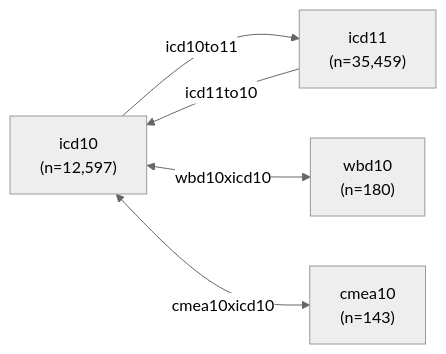
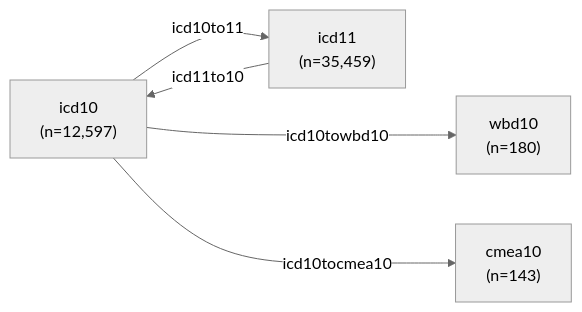
The diagram in data/README.md (cghr-toronto/icd), drawn with Mermaid (neutral theme) before and after one commit. The commit also changed other lines of this file, not shown here.

````diff
--- a/data/README.md
+++ b/data/README.md
@@ -10,13 +10,13 @@
 ```mermaid
 flowchart LR;
 
 cmea10["cmea10<br>(n=143)"]
 wbd10["wbd10<br>(n=180)"]
 icd10["icd10<br>(n=12,597)"]
 icd11["icd11<br>(n=35,459)"]
 
 icd10 --> |icd10to11| icd11
 icd11 --> |icd11to10| icd10
-icd10 <--> |wbd10xicd10| wbd10
-icd10 <--> |cmea10xicd10| cmea10
+icd10 ---> |icd10towbd10| wbd10
+icd10 ---> |icd10tocmea10| cmea10
 ```
````
